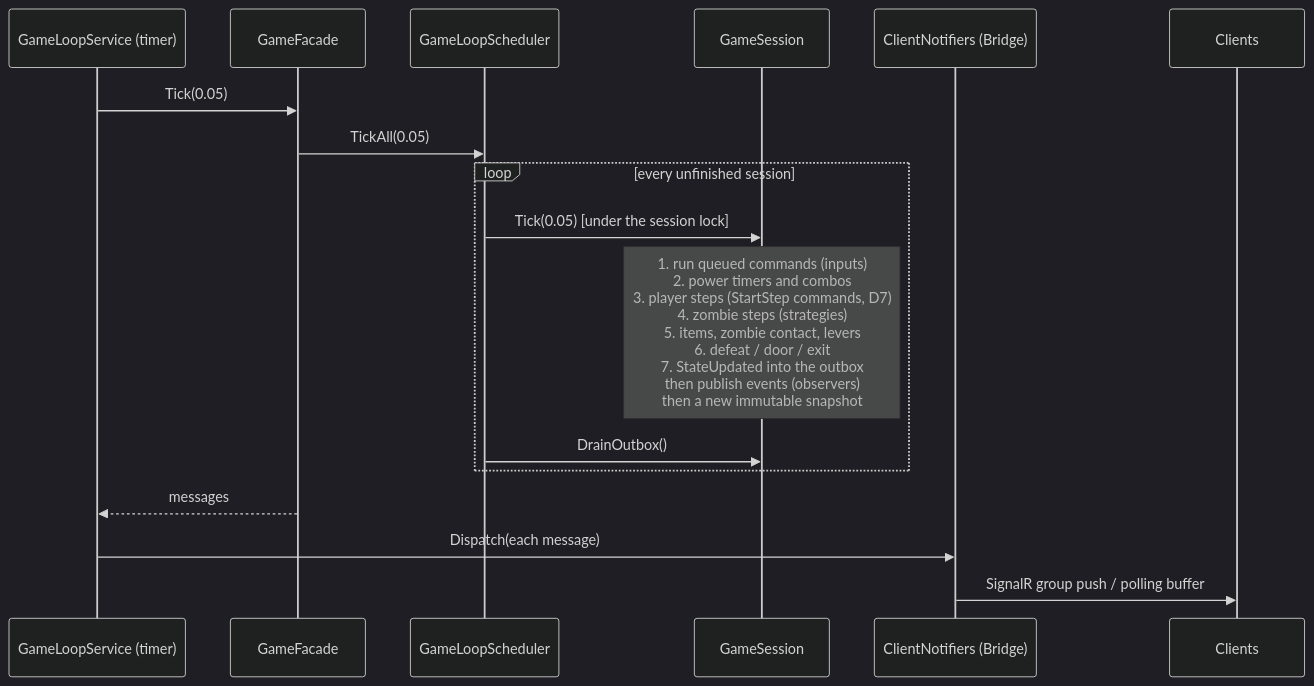
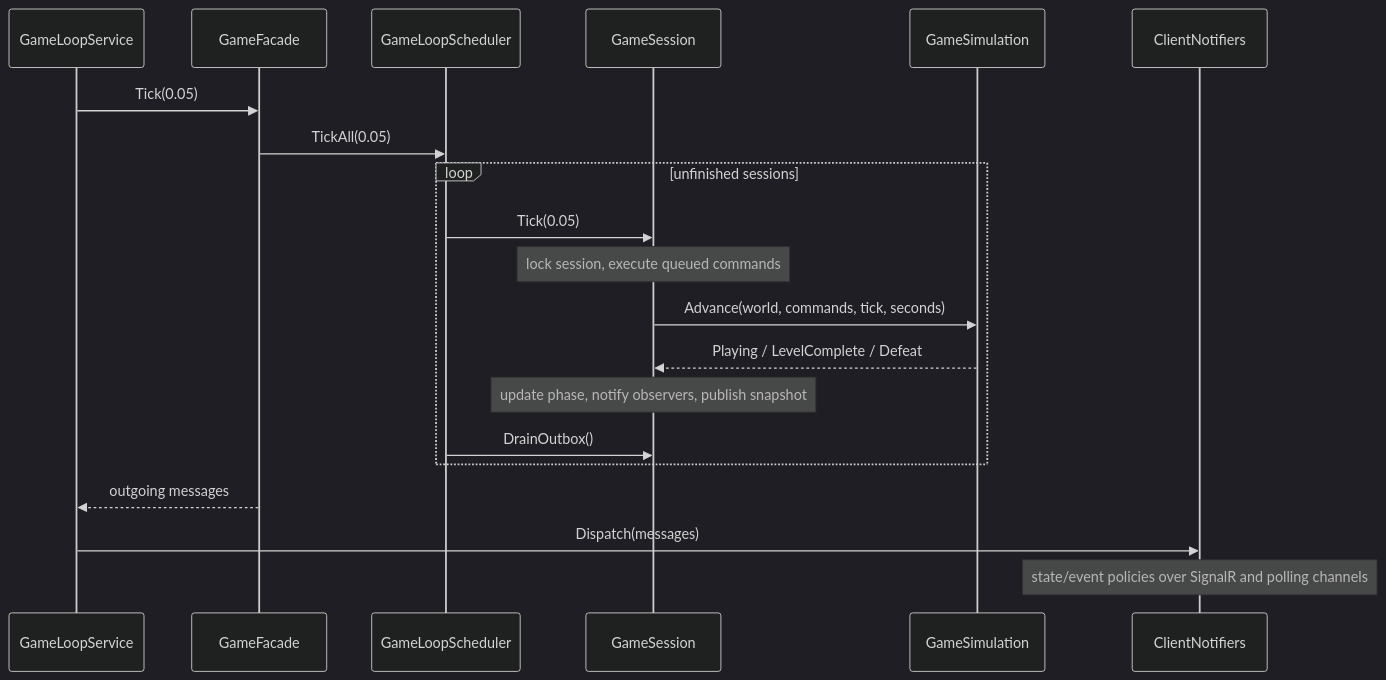
Before and after one commit to YoBoyJonas/OPP: the second of 2 diagrams in docs/ARCHITECTURE.md, drawn with Mermaid (dark theme). The commit also changed other lines of this file and 335 other files, not shown here.

````diff
--- a/docs/ARCHITECTURE.md
+++ b/docs/ARCHITECTURE.md
@@ -47,20 +44,22 @@
 ```mermaid
 sequenceDiagram
-    participant Timer as GameLoopService (timer)
-    participant F as GameFacade
-    participant Sch as GameLoopScheduler
-    participant S as GameSession
-    participant N as ClientNotifiers (Bridge)
-    participant C as Clients
-
-    Timer->>F: Tick(0.05)
-    F->>Sch: TickAll(0.05)
-    loop every unfinished session
-        Sch->>S: Tick(0.05)  [under the session lock]
-        Note over S: 1. run queued commands (inputs)<br/>2. power timers and combos<br/>3. player steps (StartStep commands, D7)<br/>4. zombie steps (strategies)<br/>5. items, zombie contact, levers<br/>6. defeat / door / exit<br/>7. StateUpdated into the outbox<br/>then publish events (observers)<br/>then a new immutable snapshot
-        Sch->>S: DrainOutbox()
+    participant Host as GameLoopService
+    participant Facade as GameFacade
+    participant Scheduler as GameLoopScheduler
+    participant Session as GameSession
+    participant Simulation as GameSimulation
+    participant Delivery as ClientNotifiers
+    Host->>Facade: Tick(0.05)
+    Facade->>Scheduler: TickAll(0.05)
+    loop unfinished sessions
+        Scheduler->>Session: Tick(0.05)
+        Note over Session: lock session, execute queued commands
+        Session->>Simulation: Advance(world, commands, tick, seconds)
+        Simulation-->>Session: Playing / LevelComplete / Defeat
+        Note over Session: update phase, notify observers, publish snapshot
+        Scheduler->>Session: DrainOutbox()
     end
-    F-->>Timer: messages
-    Timer->>N: Dispatch(each message)
-    N->>C: SignalR group push / polling buffer
+    Facade-->>Host: outgoing messages
+    Host->>Delivery: Dispatch(messages)
+    Note over Delivery: state/event policies over SignalR and polling channels
 ```
````
